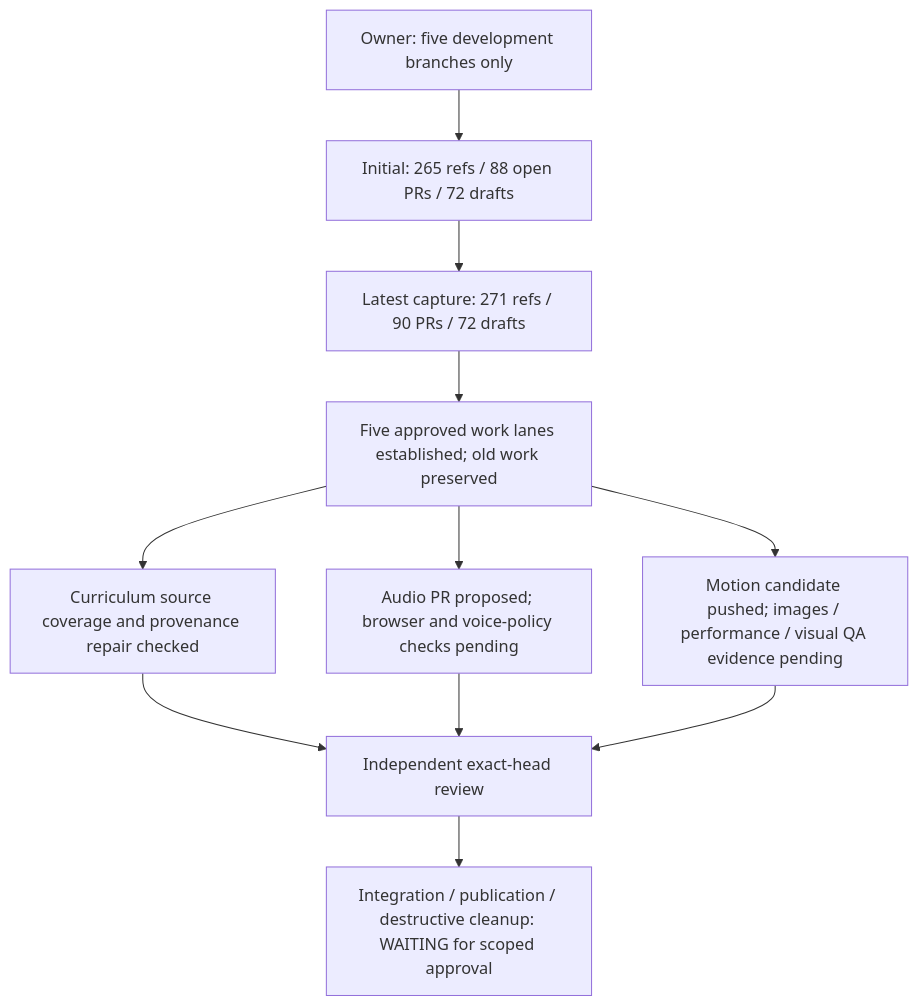
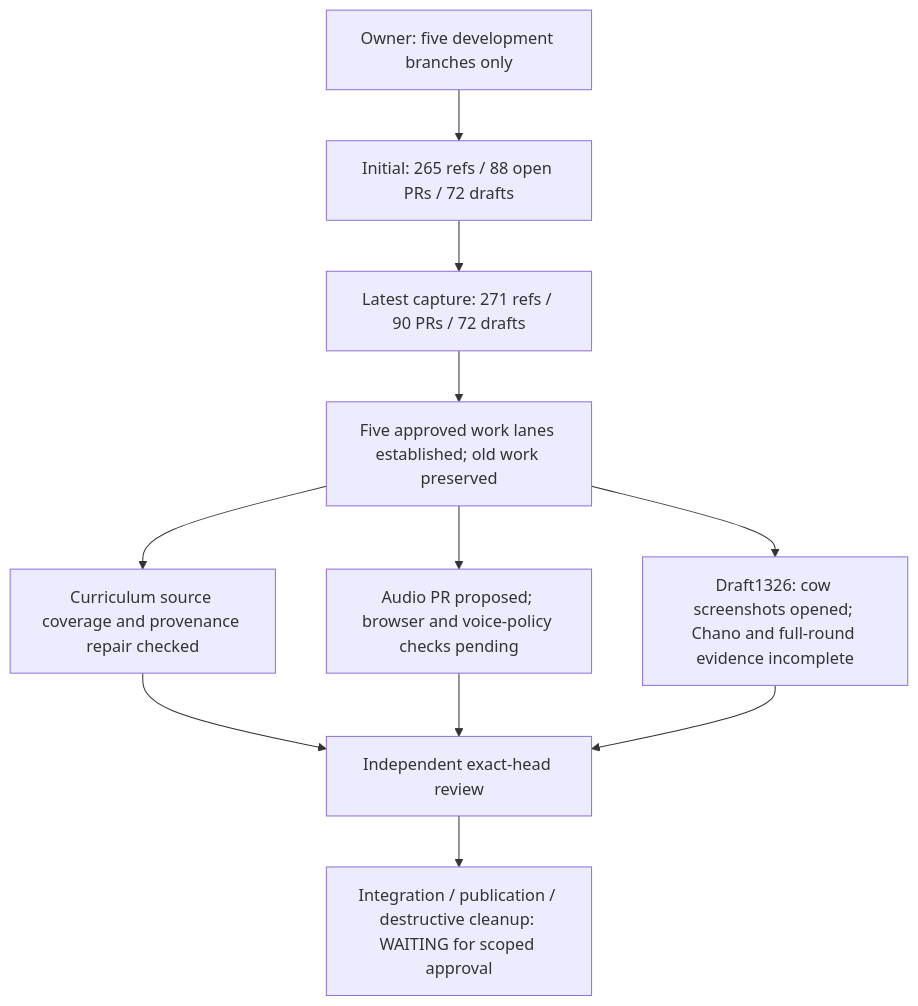
One commit to ejnburrows-rgb/cartilla-de-gretel changed the first of 4 diagrams in docs/OWNER-VISUAL-STATUS.md. Above: the diagram before and after it, drawn with Mermaid. The commit also changed other lines of this file, not shown here.

Commit message:
docs: record motion draft evidence and remaining acceptance gaps

````diff
--- a/docs/OWNER-VISUAL-STATUS.md
+++ b/docs/OWNER-VISUAL-STATUS.md
@@ -12,13 +12,13 @@
 ```mermaid
 flowchart TD
   A["Owner: five development branches only"] --> B["Initial: 265 refs / 88 open PRs / 72 drafts"]
   B --> C["Latest capture: 271 refs / 90 PRs / 72 drafts"]
   C --> D["Five approved work lanes established; old work preserved"]
   D --> E["Curriculum source coverage and provenance repair checked"]
   D --> F["Audio PR proposed; browser and voice-policy checks pending"]
-  D --> G["Motion candidate pushed; images / performance / visual QA evidence pending"]
+  D --> G["Draft1326: cow screenshots opened; Chano and full-round evidence incomplete"]
   E --> H["Independent exact-head review"]
   F --> H
   G --> H
   H --> I["Integration / publication / destructive cleanup: WAITING for scoped approval"]
 ```
````
